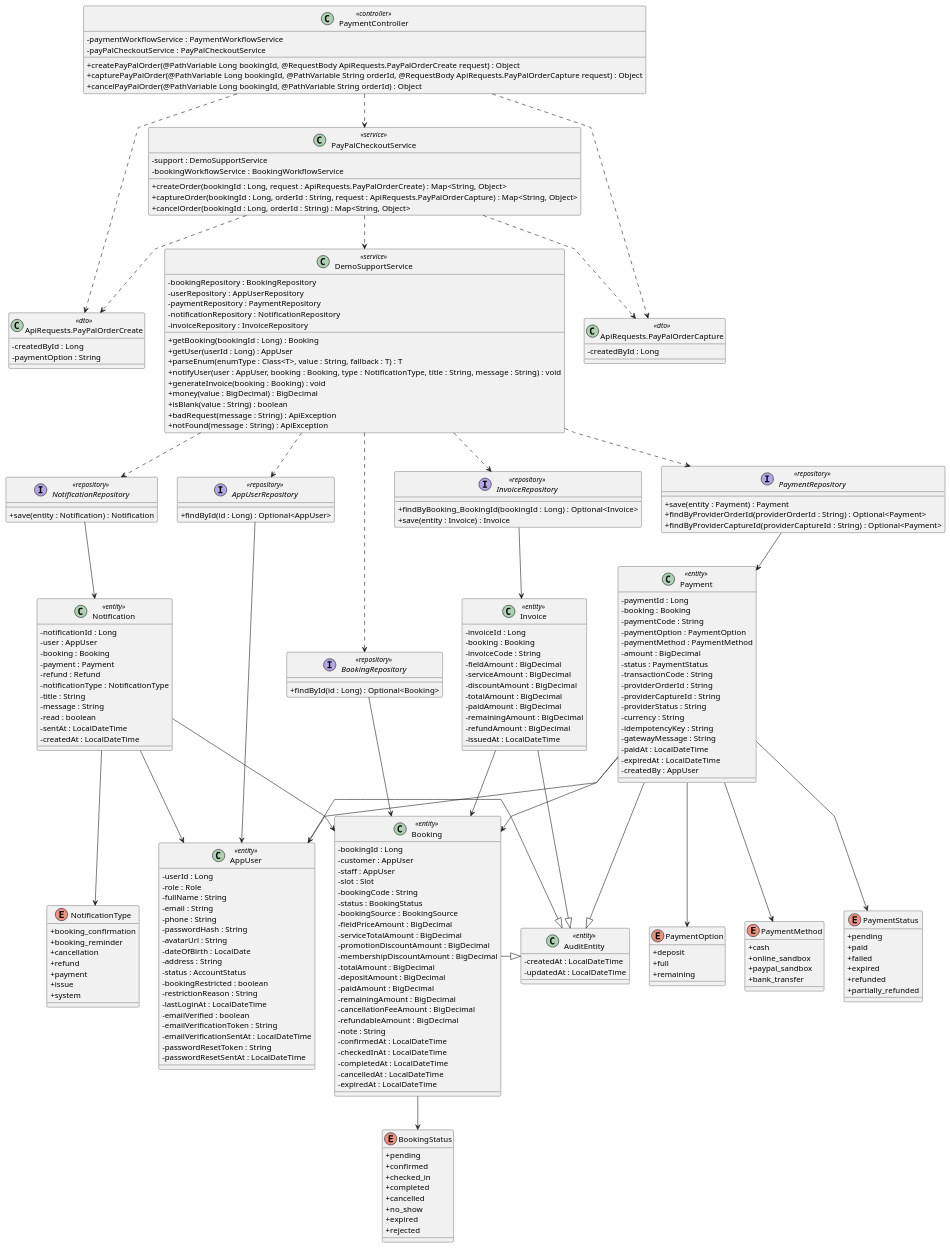
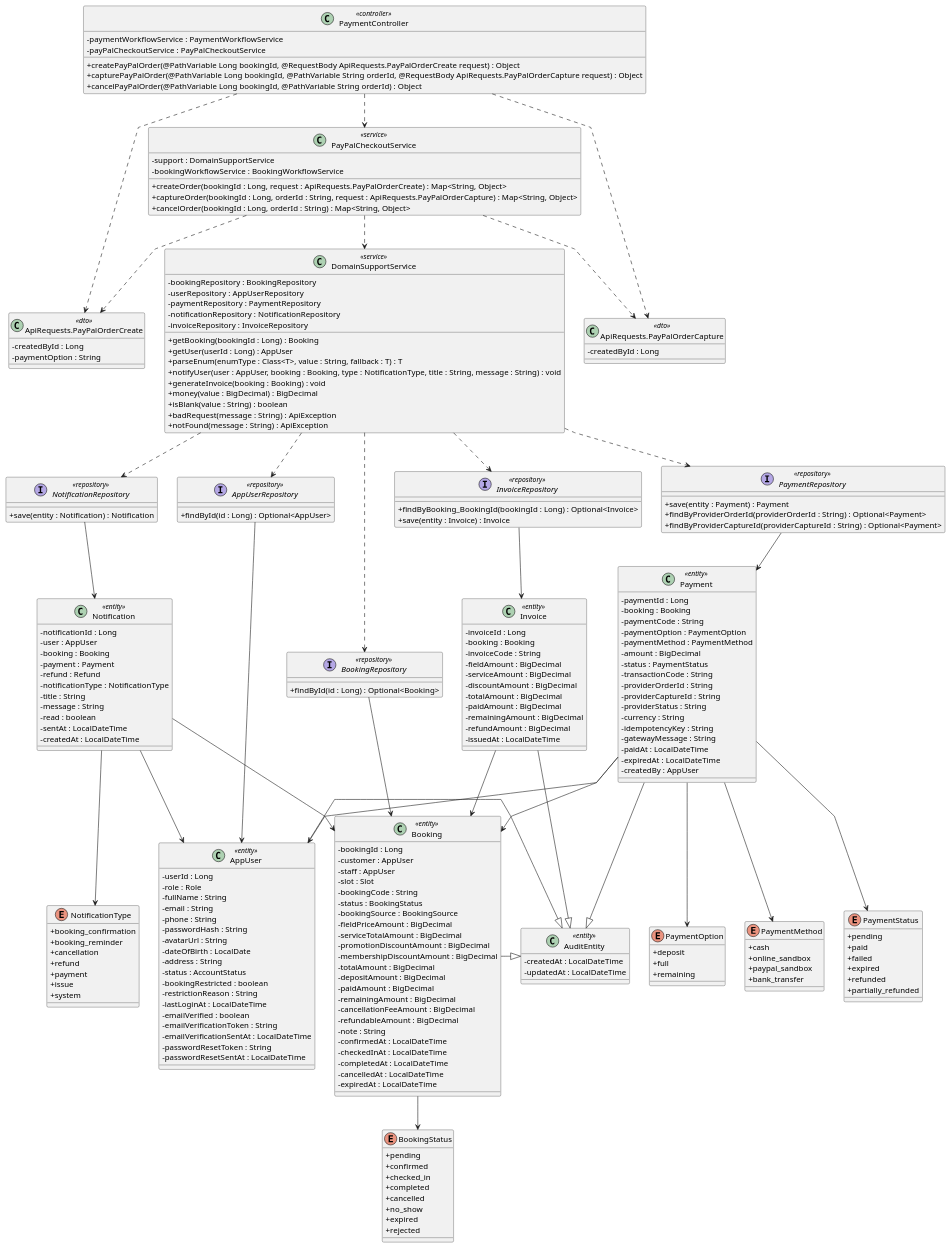
The diagram in docs/Class Diagram/40.pay-online-sandbox.puml (maxwell1904/SWP391_G3), drawn with PlantUML before and after one commit. The commit also changed 120 other files, not shown here.

```diff
--- a/docs/Class Diagram/40.pay-online-sandbox.puml
+++ b/docs/Class Diagram/40.pay-online-sandbox.puml
@@ -13,7 +13,7 @@
 }
 
 class PayPalCheckoutService <<service>> {
-    -support : DemoSupportService
+    -support : DomainSupportService
     -bookingWorkflowService : BookingWorkflowService
 
     +createOrder(bookingId : Long, request : ApiRequests.PayPalOrderCreate) : Map<String, Object>
@@ -21,7 +21,7 @@
     +cancelOrder(bookingId : Long, orderId : String) : Map<String, Object>
 }
 
-class DemoSupportService <<service>> {
+class DomainSupportService <<service>> {
     -bookingRepository : BookingRepository
     -userRepository : AppUserRepository
     -paymentRepository : PaymentRepository
@@ -218,14 +218,14 @@
 PaymentController ..> PayPalCheckoutService
 PaymentController ..> PayPalOrderCreateDTO
 PaymentController ..> PayPalOrderCaptureDTO
-PayPalCheckoutService ..> DemoSupportService
+PayPalCheckoutService ..> DomainSupportService
 PayPalCheckoutService ..> PayPalOrderCreateDTO
 PayPalCheckoutService ..> PayPalOrderCaptureDTO
-DemoSupportService ..> BookingRepository
-DemoSupportService ..> AppUserRepository
-DemoSupportService ..> PaymentRepository
-DemoSupportService ..> NotificationRepository
-DemoSupportService ..> InvoiceRepository
+DomainSupportService ..> BookingRepository
+DomainSupportService ..> AppUserRepository
+DomainSupportService ..> PaymentRepository
+DomainSupportService ..> NotificationRepository
+DomainSupportService ..> InvoiceRepository
 
 BookingRepository --> Booking
 AppUserRepository --> AppUser
```
